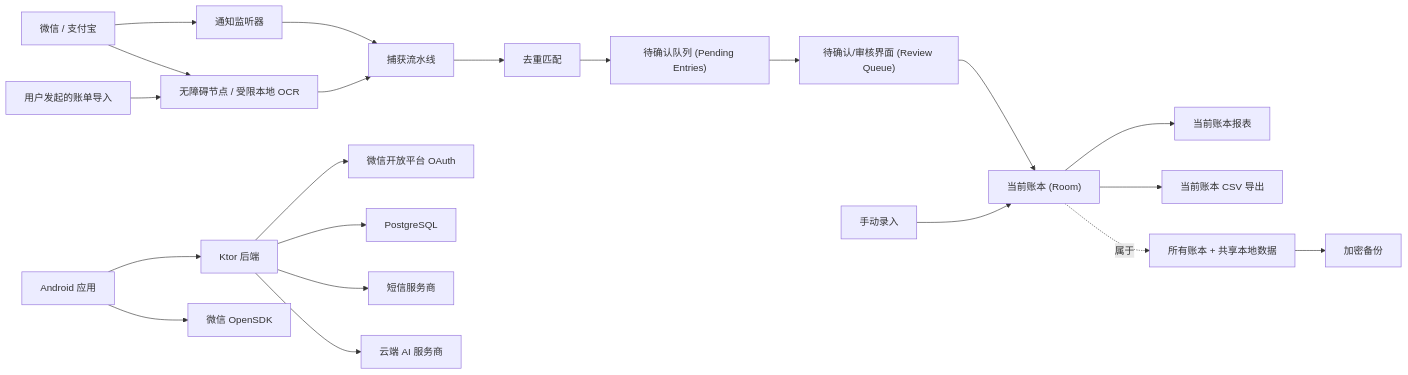
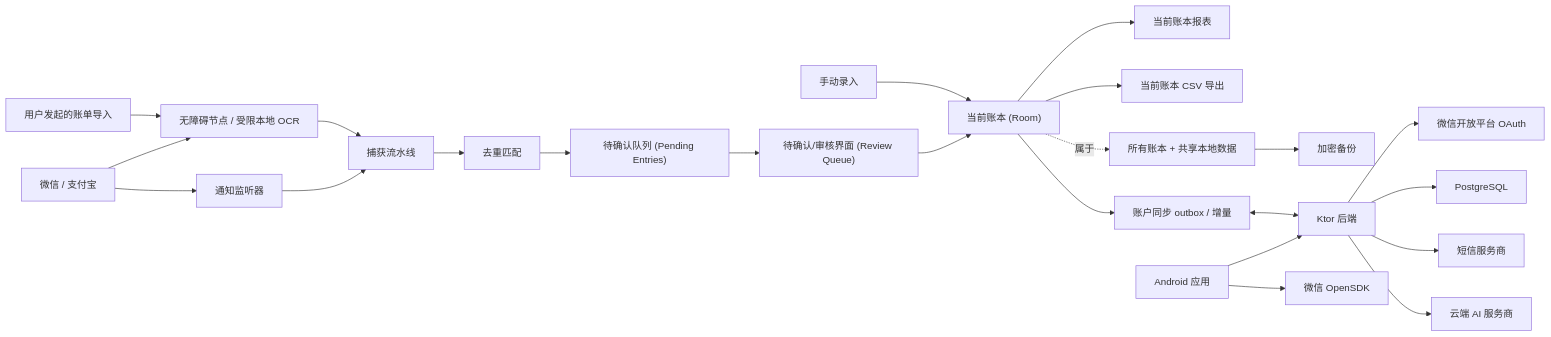
One commit to arfa069/auto-accounting changed the diagram in docs/ARCHITECTURE.md. Above: the diagram before and after it, drawn with Mermaid. The commit also changed other lines of this file and 57 other files, not shown here.

Commit message:
feat: add account-scoped ledger sync

````diff
--- a/docs/ARCHITECTURE.md
+++ b/docs/ARCHITECTURE.md
@@ -9,23 +9,25 @@
 ```mermaid
 flowchart LR
   WeChat["微信 / 支付宝"] --> Notify["通知监听器"]
   WeChat --> A11y["无障碍节点 / 受限本地 OCR"]
   Import["用户发起的账单导入"] --> A11y
   Notify --> Capture["捕获流水线"]
   A11y --> Capture
   Capture --> Dedupe["去重匹配"]
   Dedupe --> Pending["待确认队列 (Pending Entries)"]
   Pending --> Review["待确认/审核界面 (Review Queue)"]
   Review --> Ledger["当前账本 (Room)"]
   Manual["手动录入"] --> Ledger
   Ledger --> Reports["当前账本报表"]
   Ledger --> CSV["当前账本 CSV 导出"]
   Books["所有账本 + 共享本地数据"] --> Backup["加密备份"]
   Ledger -. "属于" .-> Books
   App["Android 应用"] --> Backend["Ktor 后端"]
+  Ledger --> Sync["账户同步 outbox / 增量"]
+  Sync <--> Backend
   App --> WechatSdk["微信 OpenSDK"]
   Backend --> WechatOauth["微信开放平台 OAuth"]
   Backend --> PG["PostgreSQL"]
   Backend --> SMS["短信服务商"]
   Backend --> AI["云端 AI 服务商"]
 ```
````
